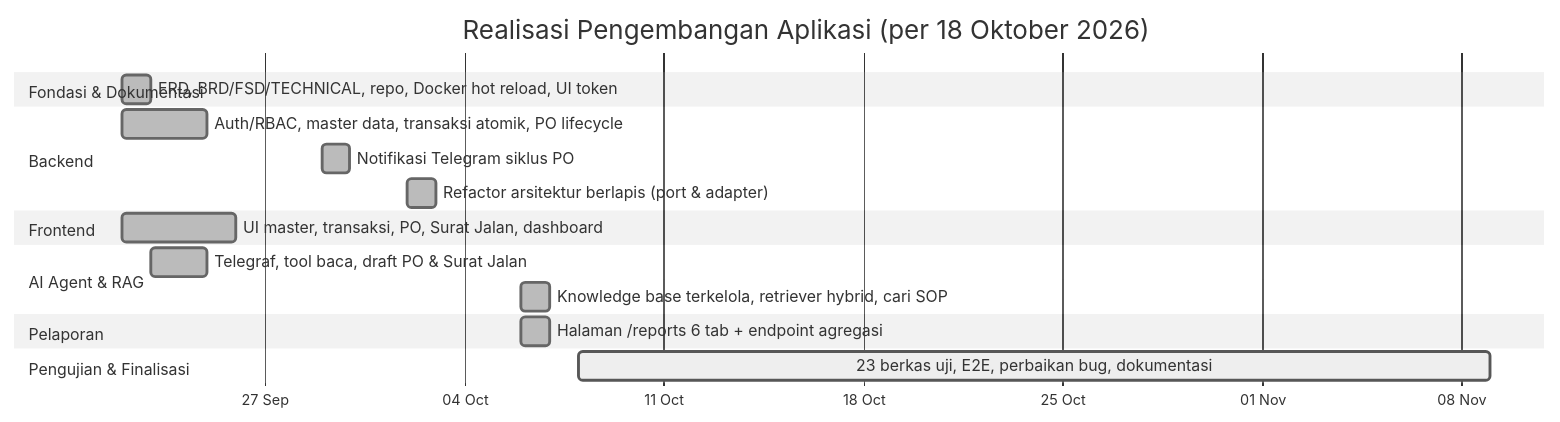
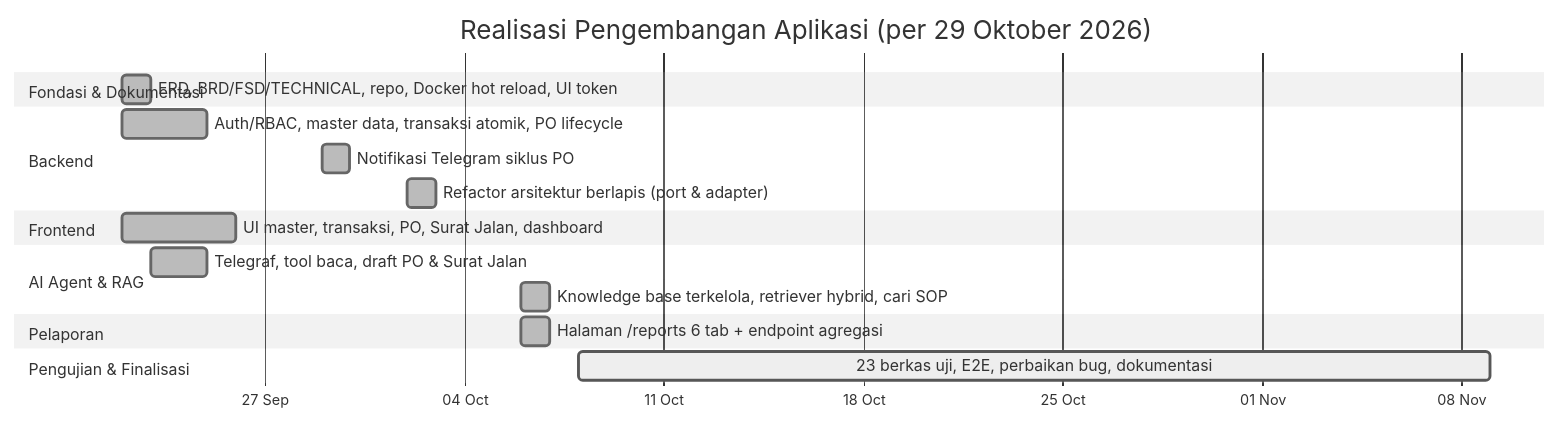
The second of 8 diagrams in capstone/LAPORAN-KEMAJUAN.md (EkaBachrudin/ims), drawn with Mermaid (neutral theme) before and after one commit. The commit also changed other lines of this file and 1 other file, not shown here.

````diff
--- a/capstone/LAPORAN-KEMAJUAN.md
+++ b/capstone/LAPORAN-KEMAJUAN.md
@@ -283,21 +317,21 @@
 ```mermaid
 gantt
-    title Realisasi Pengembangan Aplikasi (per 18 Oktober 2026)
+    title Realisasi Pengembangan Aplikasi (per 29 Oktober 2026)
     dateFormat  YYYY-MM-DD
     axisFormat  %d %b
     section Fondasi & Dokumentasi
     ERD, BRD/FSD/TECHNICAL, repo, Docker hot reload, UI token :done, r1, 2026-09-22, 1d
     section Backend
     Auth/RBAC, master data, transaksi atomik, PO lifecycle :done, r2, 2026-09-22, 3d
     Notifikasi Telegram siklus PO :done, r3, 2026-09-29, 1d
     Refactor arsitektur berlapis (port & adapter) :done, r4, 2026-10-02, 1d
     section Frontend
     UI master, transaksi, PO, Surat Jalan, dashboard :done, r5, 2026-09-22, 4d
     section AI Agent & RAG
     Telegraf, tool baca, draft PO & Surat Jalan :done, r6, 2026-09-23, 2d
     Knowledge base terkelola, retriever hybrid, cari SOP :done, r7, 2026-10-06, 1d
     section Pelaporan
     Halaman /reports 6 tab + endpoint agregasi :done, r8, 2026-10-06, 1d
     section Pengujian & Finalisasi
     23 berkas uji, E2E, perbaikan bug, dokumentasi :active, r9, 2026-10-08, 32d
 ```
````
